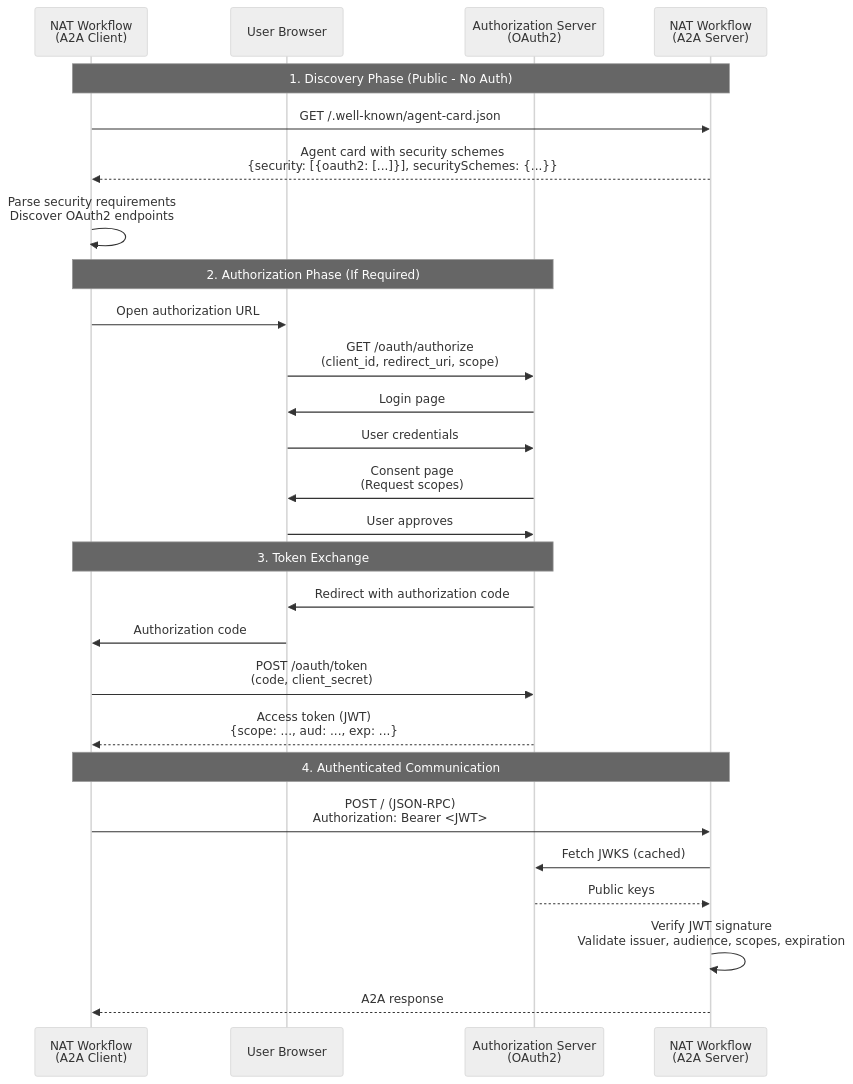
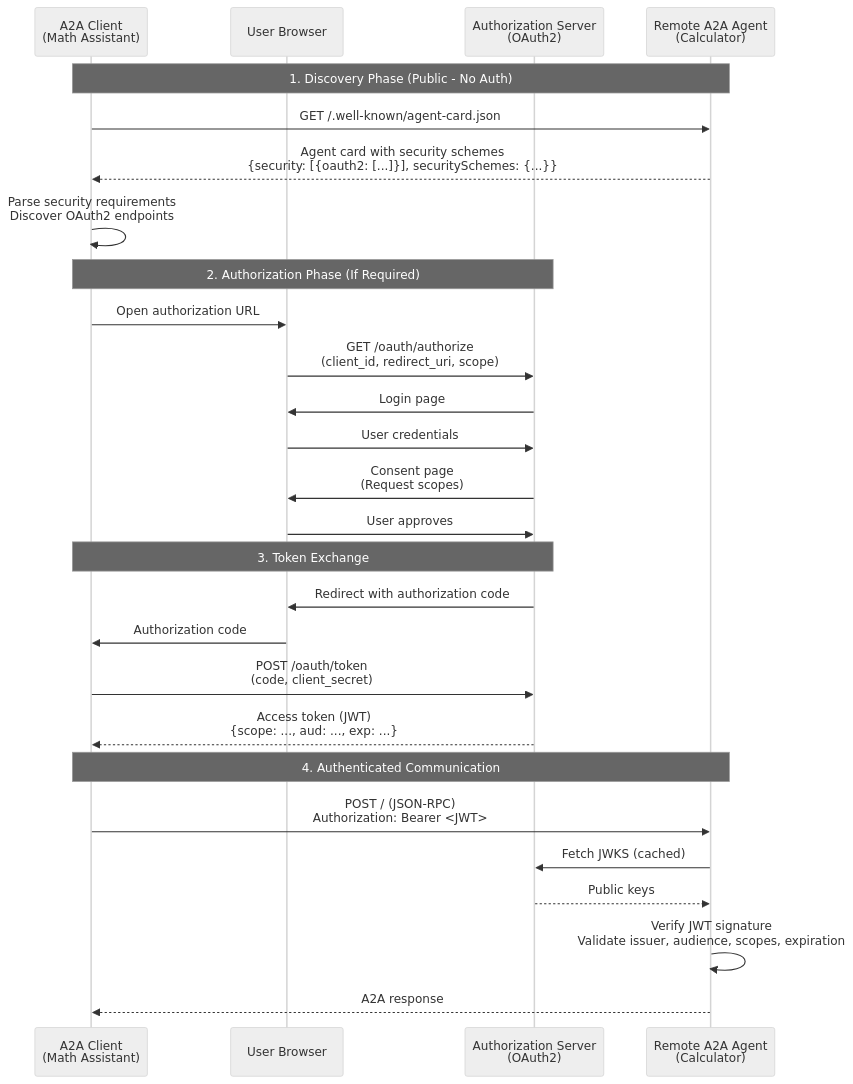
Before and after one commit to NVIDIA/NeMo-Agent-Toolkit: the second of 2 diagrams in docs/source/components/auth/a2a-auth.md, drawn with Mermaid (neutral theme).

Commit message:
Minor doc updates

````diff
--- a/docs/source/components/auth/a2a-auth.md
+++ b/docs/source/components/auth/a2a-auth.md
@@ -84,33 +84,33 @@
 ```mermaid
 sequenceDiagram
-    participant Client as NAT Workflow<br/>(A2A Client)
+    participant Client as A2A Client<br/>(Math Assistant)
     participant Browser as User Browser
     participant AuthServer as Authorization Server<br/>(OAuth2)
-    participant Server as NAT Workflow<br/>(A2A Server)
+    participant Server as Remote A2A Agent<br/>(Calculator)
 
     Note over Client,Server: 1. Discovery Phase (Public - No Auth)
     Client->>Server: GET /.well-known/agent-card.json
     Server-->>Client: Agent card with security schemes<br/>{security: [{oauth2: [...]}], securitySchemes: {...}}
     Client->>Client: Parse security requirements<br/>Discover OAuth2 endpoints
 
     Note over Client,AuthServer: 2. Authorization Phase (If Required)
     Client->>Browser: Open authorization URL
     Browser->>AuthServer: GET /oauth/authorize<br/>(client_id, redirect_uri, scope)
     AuthServer->>Browser: Login page
     Browser->>AuthServer: User credentials
     AuthServer->>Browser: Consent page<br/>(Request scopes)
     Browser->>AuthServer: User approves
 
     Note over Client,AuthServer: 3. Token Exchange
     AuthServer->>Browser: Redirect with authorization code
     Browser->>Client: Authorization code
     Client->>AuthServer: POST /oauth/token<br/>(code, client_secret)
     AuthServer-->>Client: Access token (JWT)<br/>{scope: ..., aud: ..., exp: ...}
 
     Note over Client,Server: 4. Authenticated Communication
     Client->>Server: POST / (JSON-RPC)<br/>Authorization: Bearer <JWT>
     Server->>AuthServer: Fetch JWKS (cached)
     AuthServer-->>Server: Public keys
     Server->>Server: Verify JWT signature<br/>Validate issuer, audience, scopes, expiration
     Server-->>Client: A2A response
 ```
````
